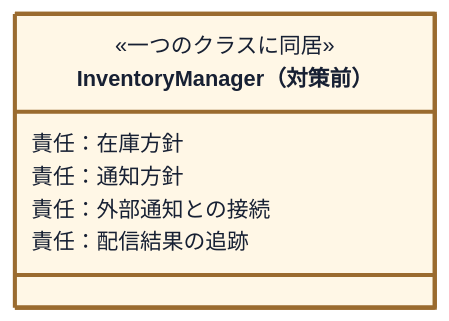
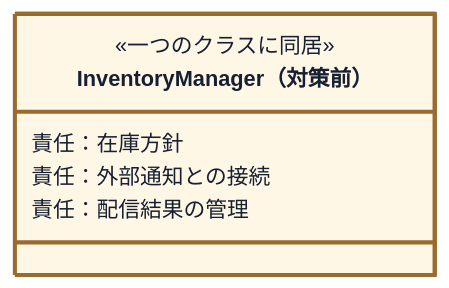
Before and after one commit to kumachan1101-pixel/DesignPattern: the eighth of 18 diagrams in kindle/design-patterns/books/volume01-core-patterns/output/05-chapter03.md, drawn with Mermaid. The commit also changed other lines of this file and 14 other files, not shown here.

````diff
--- a/kindle/design-patterns/books/volume01-core-patterns/output/05-chapter03.md
+++ b/kindle/design-patterns/books/volume01-core-patterns/output/05-chapter03.md
@@ -1486,14 +1487,13 @@
 ```mermaid
 classDiagram
     %% provisional-role-diagram
     direction TB
     class TrialInventory["InventoryManager（対策前）"]:::current {
         <<一つのクラスに同居>>
         責任：在庫方針
-        責任：通知方針
         責任：外部通知との接続
-        責任：配信結果の追跡
+        責任：配信結果の管理
     }
 
     classDef current fill:#fff7e6,stroke:#9a6b2f,stroke-width:3px,color:#172033;
 ```
````
